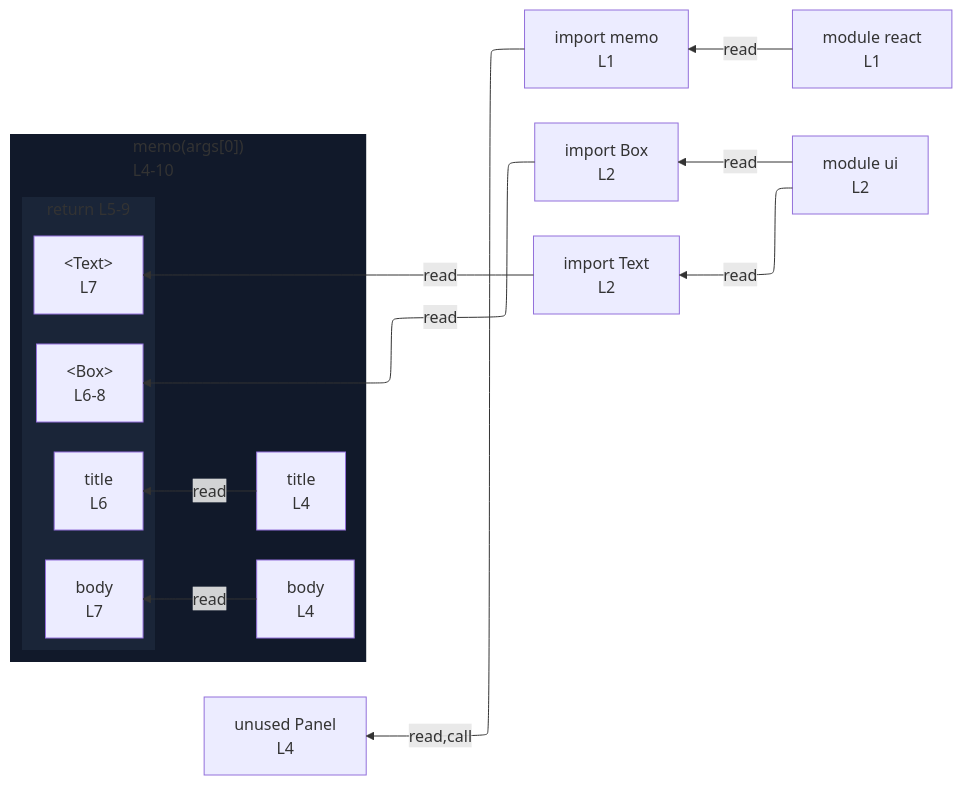
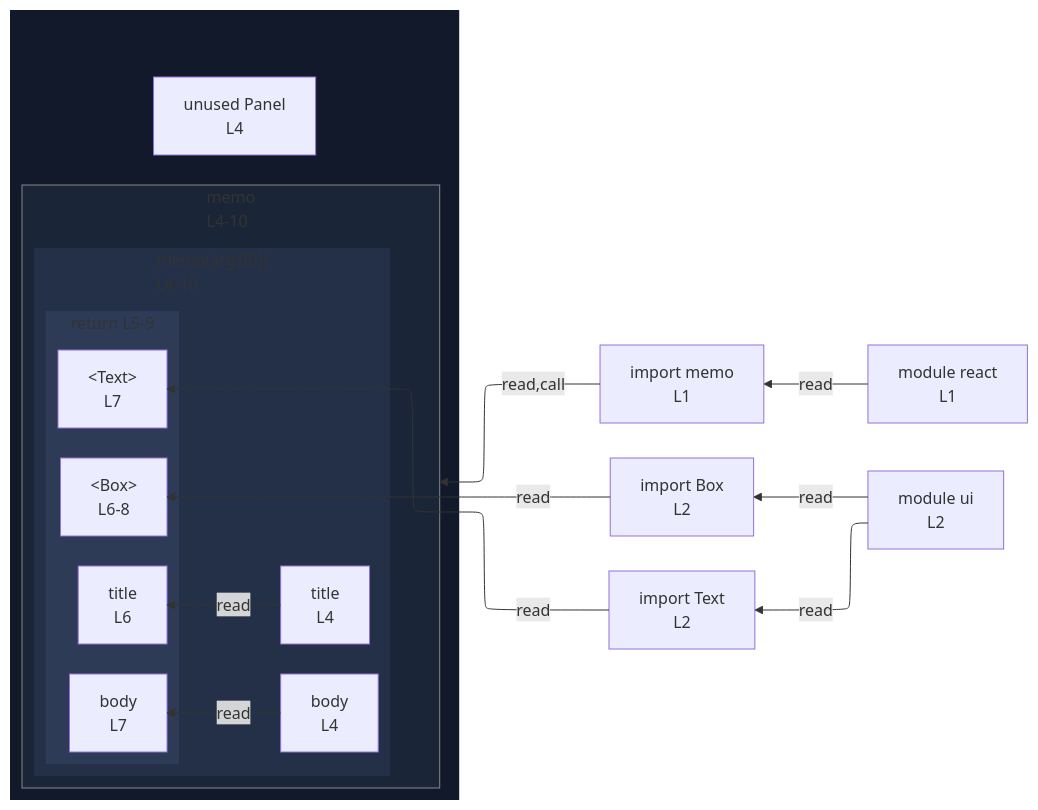
One commit to crescware/unsnarl changed the diagram in integration/fixtures/jsx/memo-component/preview.md. Above: the diagram before and after it, drawn with Mermaid. The commit also changed 41 other files, not shown here.

````diff
--- a/integration/fixtures/jsx/memo-component/preview.md
+++ b/integration/fixtures/jsx/memo-component/preview.md
@@ -20,34 +20,46 @@
 ```mermaid
 %%{init: {"flowchart": {"defaultRenderer": "elk"}}}%%
 flowchart RL
   n_scope_0_memo_9["import memo<br/>L1"]
   n_scope_0_Box_39["import Box<br/>L2"]
   n_scope_0_Text_44["import Text<br/>L2"]
-  n_scope_0_Panel_76["unused Panel<br/>L4"]
-  subgraph s_scope_1["memo(args[0])<br/>L4-10"]
-    direction RL
-    n_scope_1_title_90["title<br/>L4"]
-    n_scope_1_body_105["body<br/>L4"]
-    subgraph s_return_scope_1_126_200["return L5-9"]
+  subgraph wrap_call_proxy_ref_1[" "]
+    direction TB
+    n_scope_0_Panel_76["unused Panel<br/>L4"]
+    subgraph call_proxy_ref_1["memo<br/>L4-10"]
       direction RL
-      ret_use_ref_2["&lt;Box&gt;<br/>L6-8"]
-      ret_use_ref_3["title<br/>L6"]
-      ret_use_ref_4["&lt;Text&gt;<br/>L7"]
-      ret_use_ref_5["body<br/>L7"]
+      subgraph s_scope_1["memo(args[0])<br/>L4-10"]
+        direction RL
+        n_scope_1_title_90["title<br/>L4"]
+        n_scope_1_body_105["body<br/>L4"]
+        subgraph s_return_scope_1_126_200["return L5-9"]
+          direction RL
+          ret_use_ref_2["&lt;Box&gt;<br/>L6-8"]
+          ret_use_ref_3["title<br/>L6"]
+          ret_use_ref_4["&lt;Text&gt;<br/>L7"]
+          ret_use_ref_5["body<br/>L7"]
+        end
+      end
     end
   end
-  n_scope_0_memo_9 -->|read,call| n_scope_0_Panel_76
+  n_scope_0_memo_9 -->|read,call| call_proxy_ref_1
   n_scope_0_Box_39 -->|read| ret_use_ref_2
   n_scope_1_title_90 -->|read| ret_use_ref_3
   n_scope_0_Text_44 -->|read| ret_use_ref_4
   n_scope_1_body_105 -->|read| ret_use_ref_5
   mod_react["module react<br/>L1"]
   mod_ui["module ui<br/>L2"]
   mod_react -->|read| n_scope_0_memo_9
   mod_ui -->|read| n_scope_0_Box_39
   mod_ui -->|read| n_scope_0_Text_44
   classDef nestL1 fill:#11192a,stroke:transparent;
-  class s_scope_1 nestL1;
+  class wrap_call_proxy_ref_1 nestL1;
   classDef nestL2 fill:#1a2538,stroke:transparent;
-  class s_return_scope_1_126_200 nestL2;
+  class call_proxy_ref_1 nestL2;
+  classDef nestL3 fill:#243047,stroke:transparent;
+  class s_scope_1 nestL3;
+  classDef nestL4 fill:#2d3b57,stroke:transparent;
+  class s_return_scope_1_126_200 nestL4;
+  classDef edgeTargetSubgraph stroke:#888;
+  class call_proxy_ref_1 edgeTargetSubgraph;
 ```
````
